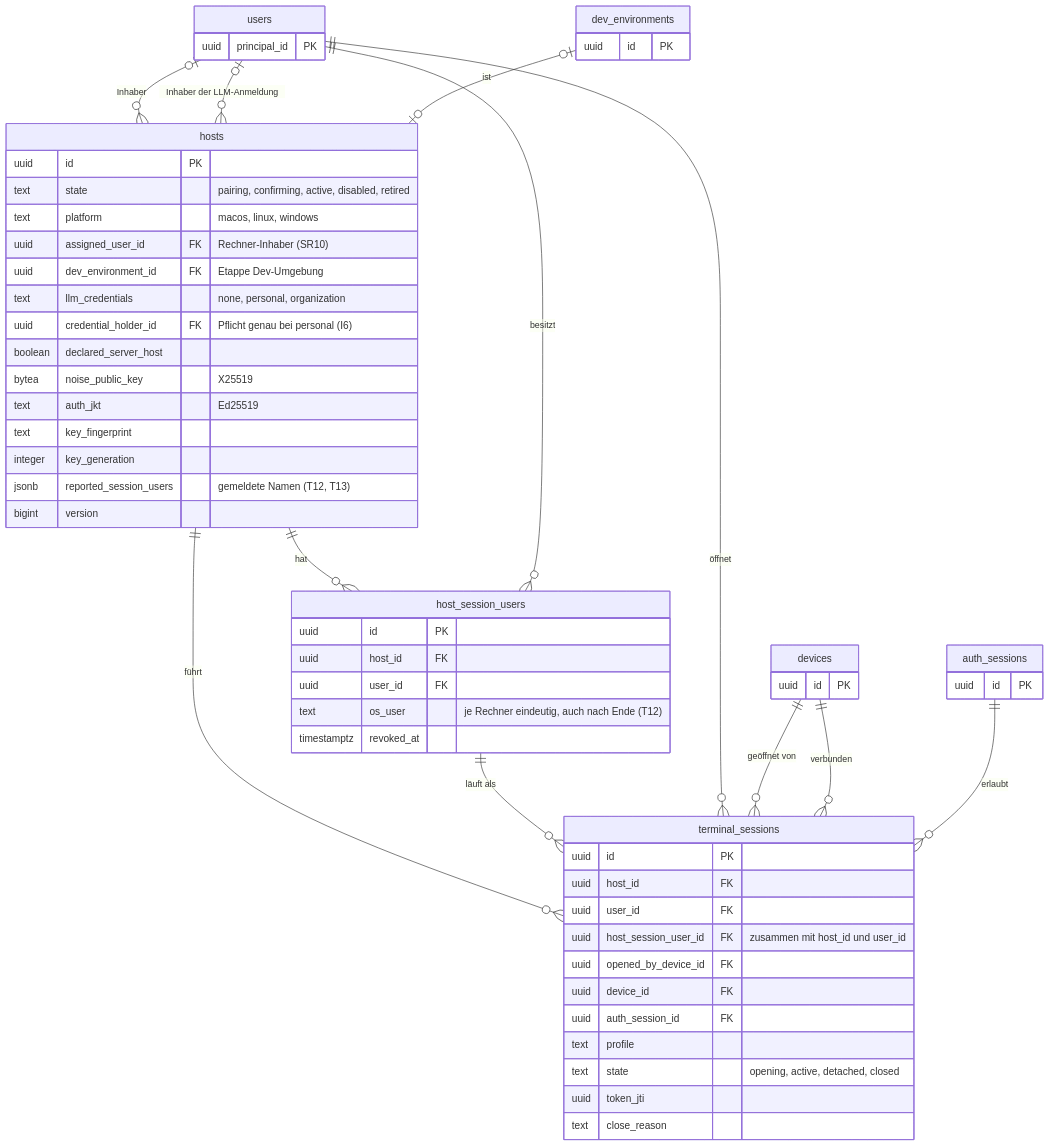
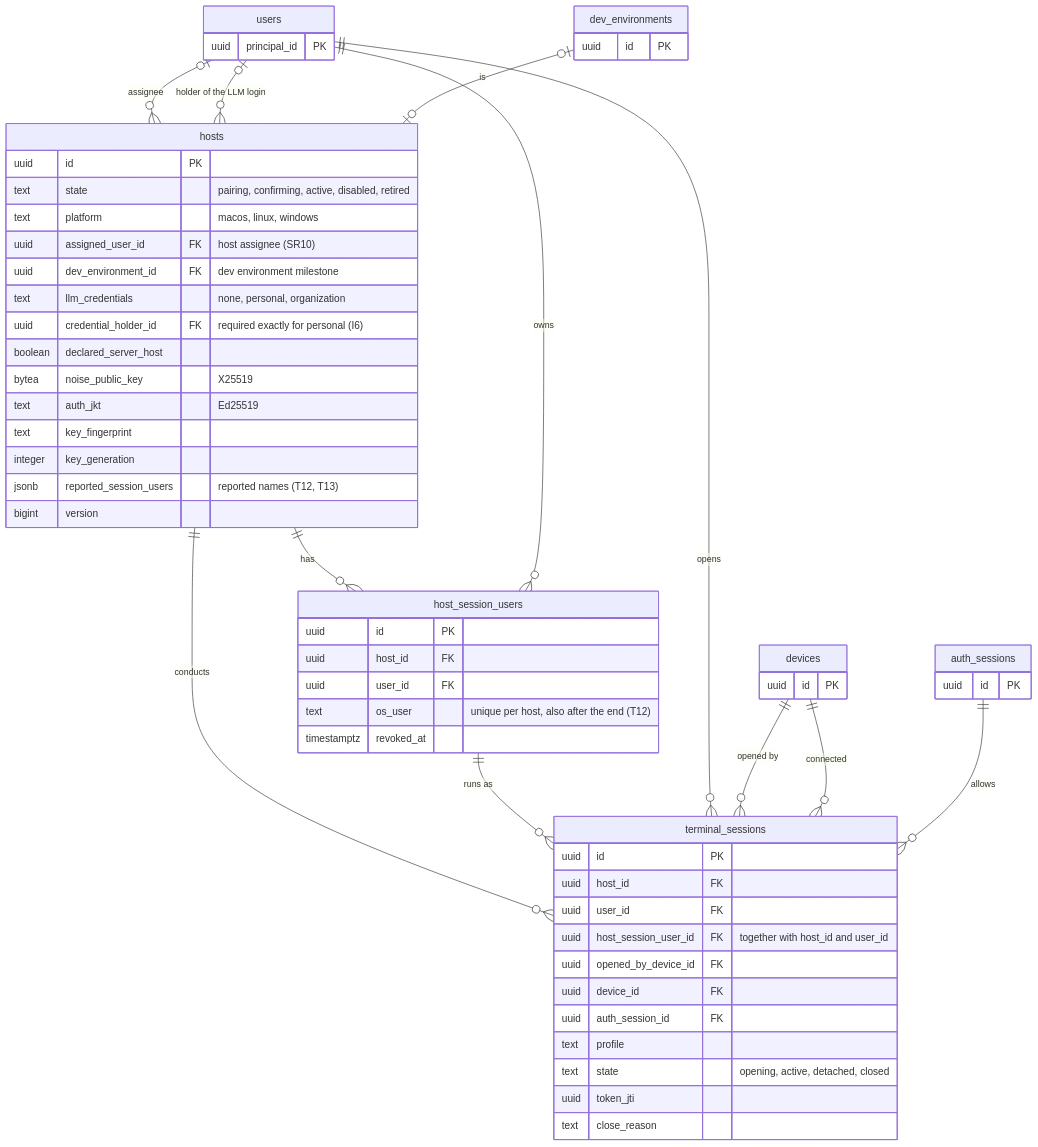
The diagram in docs/architecture/erd-7-terminal.mmd (mguttmann/bothy), drawn with Mermaid before and after one commit. The commit also changed 95 other files, not shown here.

First line of the commit message:
docs(architecture): translate the diagrams to English

```diff
--- a/docs/architecture/erd-7-terminal.mmd
+++ b/docs/architecture/erd-7-terminal.mmd
@@ -1,65 +1,65 @@
-%% ERD Teil 7: Modul terminal. Quelle: 03-datenmodell.md, 4.14; 24-terminal.md.
-%% Reine Protokoll-Spalten (created_by, confirmed_by, llm_credentials_declared_by, revoked_by, closed_by) zeigen auf
-%% principals(id) und sind nicht als Beziehung gezeichnet.
-%% Tabellen anderer Module nur mit Schlüssel. Freigaben auf Rechner stehen in Teil 2 (grants).
+%% ERD part 7: module terminal. Source: 03-data-model.md, 4.14; 24-terminal.md.
+%% Pure log columns (created_by, confirmed_by, llm_credentials_declared_by, revoked_by, closed_by) point to
+%% principals(id) and are not drawn as a relationship.
+%% Tables of other modules only with their key. Grants on hosts are in part 2 (grants).
 erDiagram
   hosts {
     uuid id PK
     text state "pairing, confirming, active, disabled, retired"
     text platform "macos, linux, windows"
-    uuid assigned_user_id FK "Rechner-Inhaber (SR10)"
-    uuid dev_environment_id FK "Etappe Dev-Umgebung"
+    uuid assigned_user_id FK "host assignee (SR10)"
+    uuid dev_environment_id FK "dev environment milestone"
     text llm_credentials "none, personal, organization"
-    uuid credential_holder_id FK "Pflicht genau bei personal (I6)"
+    uuid credential_holder_id FK "required exactly for personal (I6)"
     boolean declared_server_host
     bytea noise_public_key "X25519"
     text auth_jkt "Ed25519"
     text key_fingerprint
     integer key_generation
-    jsonb reported_session_users "gemeldete Namen (T12, T13)"
+    jsonb reported_session_users "reported names (T12, T13)"
     bigint version
   }
   host_session_users {
     uuid id PK
     uuid host_id FK
     uuid user_id FK
-    text os_user "je Rechner eindeutig, auch nach Ende (T12)"
+    text os_user "unique per host, also after the end (T12)"
     timestamptz revoked_at
   }
   terminal_sessions {
     uuid id PK
     uuid host_id FK
     uuid user_id FK
-    uuid host_session_user_id FK "zusammen mit host_id und user_id"
+    uuid host_session_user_id FK "together with host_id and user_id"
     uuid opened_by_device_id FK
     uuid device_id FK
     uuid auth_session_id FK
     text profile
     text state "opening, active, detached, closed"
     uuid token_jti
     text close_reason
   }
   users {
     uuid principal_id PK
   }
   devices {
     uuid id PK
   }
   auth_sessions {
     uuid id PK
   }
   dev_environments {
     uuid id PK
   }
 
-  users |o--o{ hosts : "Inhaber"
-  users |o--o{ hosts : "Inhaber der LLM-Anmeldung"
-  dev_environments |o--o| hosts : "ist"
-  hosts ||--o{ terminal_sessions : "führt"
-  hosts ||--o{ host_session_users : "hat"
-  users ||--o{ host_session_users : "besitzt"
-  host_session_users ||--o{ terminal_sessions : "läuft als"
-  users ||--o{ terminal_sessions : "öffnet"
-  devices ||--o{ terminal_sessions : "geöffnet von"
-  devices ||--o{ terminal_sessions : "verbunden"
-  auth_sessions ||--o{ terminal_sessions : "erlaubt"
+  users |o--o{ hosts : "assignee"
+  users |o--o{ hosts : "holder of the LLM login"
+  dev_environments |o--o| hosts : "is"
+  hosts ||--o{ terminal_sessions : "conducts"
+  hosts ||--o{ host_session_users : "has"
+  users ||--o{ host_session_users : "owns"
+  host_session_users ||--o{ terminal_sessions : "runs as"
+  users ||--o{ terminal_sessions : "opens"
+  devices ||--o{ terminal_sessions : "opened by"
+  devices ||--o{ terminal_sessions : "connected"
+  auth_sessions ||--o{ terminal_sessions : "allows"
```
